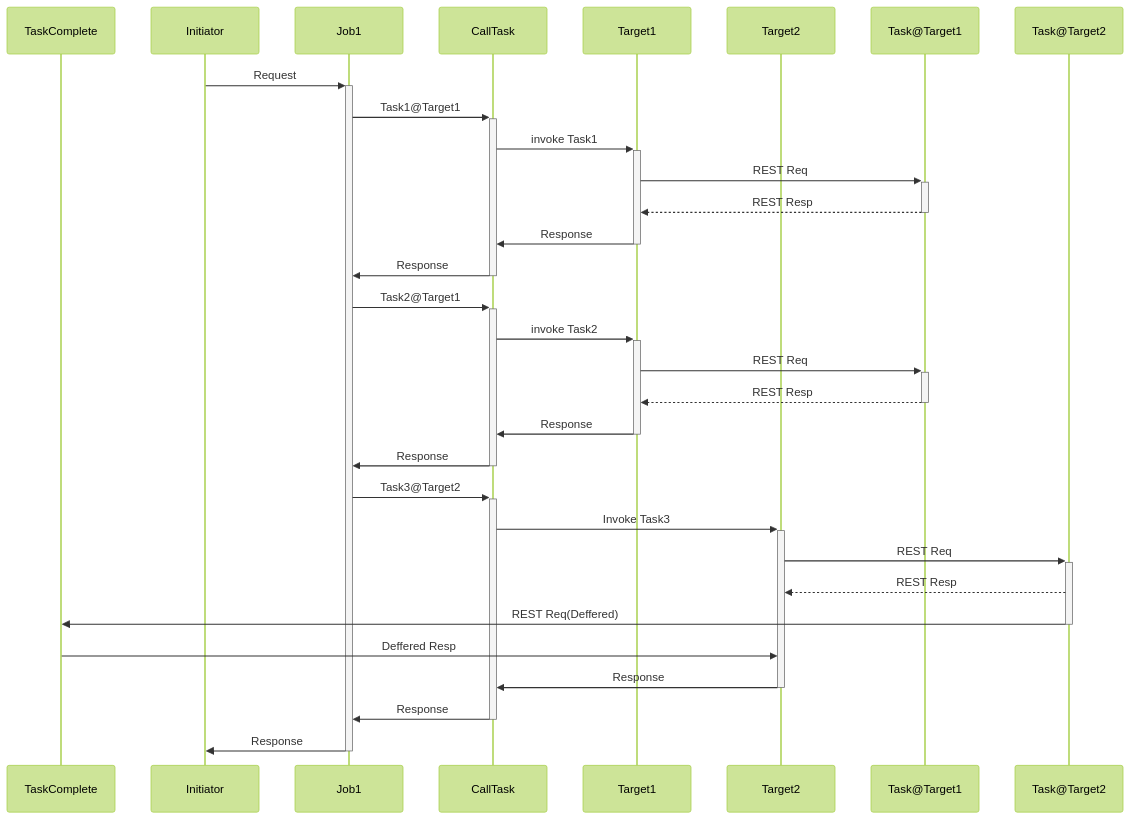
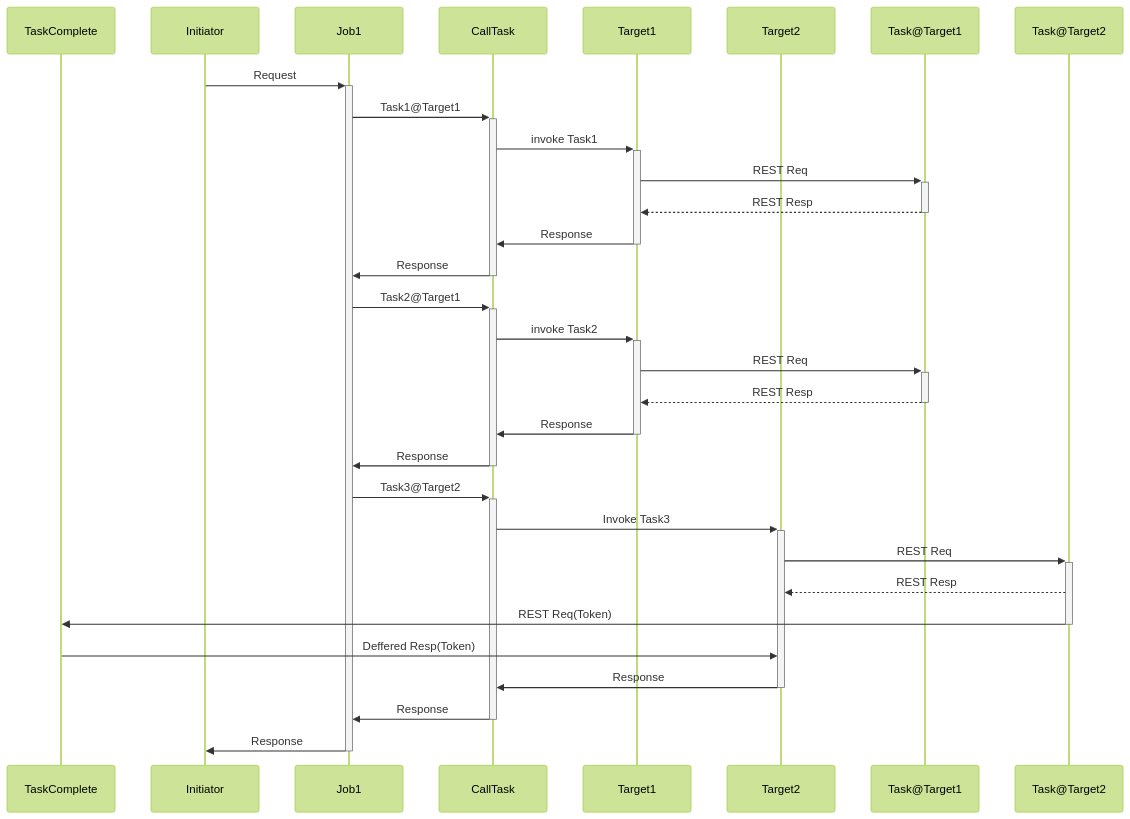
Before and after one commit to IRISMeister/jobmanagement: the diagram in README.md, drawn with Mermaid (forest theme).

````diff
--- a/README.md
+++ b/README.md
@@ -75,47 +75,47 @@
 ```mermaid
 sequenceDiagram
 
 participant TaskComplete
 participant Initiator
 participant Job1
 participant CallTask
 participant Target1
 participant Target2
 
 Initiator->>+Job1: Request
 
 Job1->>+CallTask: Task1@Target1
 
 CallTask->>+Target1: invoke Task1
 
 Target1->>+Task@Target1:REST Req
 Task@Target1-->>-Target1:REST Resp
 
 
 Target1->>-CallTask: Response
 CallTask->>-Job1: Response
 
 Job1->>+CallTask: Task2@Target1
 CallTask->>+Target1: invoke Task2
 
 Target1->>+Task@Target1:REST Req
 Task@Target1-->>-Target1:REST Resp
 
 Target1->>-CallTask: Response
 CallTask->>-Job1: Response
 
 Job1->>+CallTask: Task3@Target2
 
 CallTask->>+Target2: Invoke Task3
 
 Target2->>+Task@Target2:REST Req
 Task@Target2-->>Target2:REST Resp
 
-Task@Target2->>-TaskComplete:REST Req(Deffered)
-TaskComplete->>Target2:Deffered Resp
+Task@Target2->>-TaskComplete:REST Req(Token)
+TaskComplete->>Target2:Deffered Resp(Token)
 
 Target2->>-CallTask: Response
 CallTask->>-Job1: Response
 
 Job1->>-Initiator: Response
 ```
````
